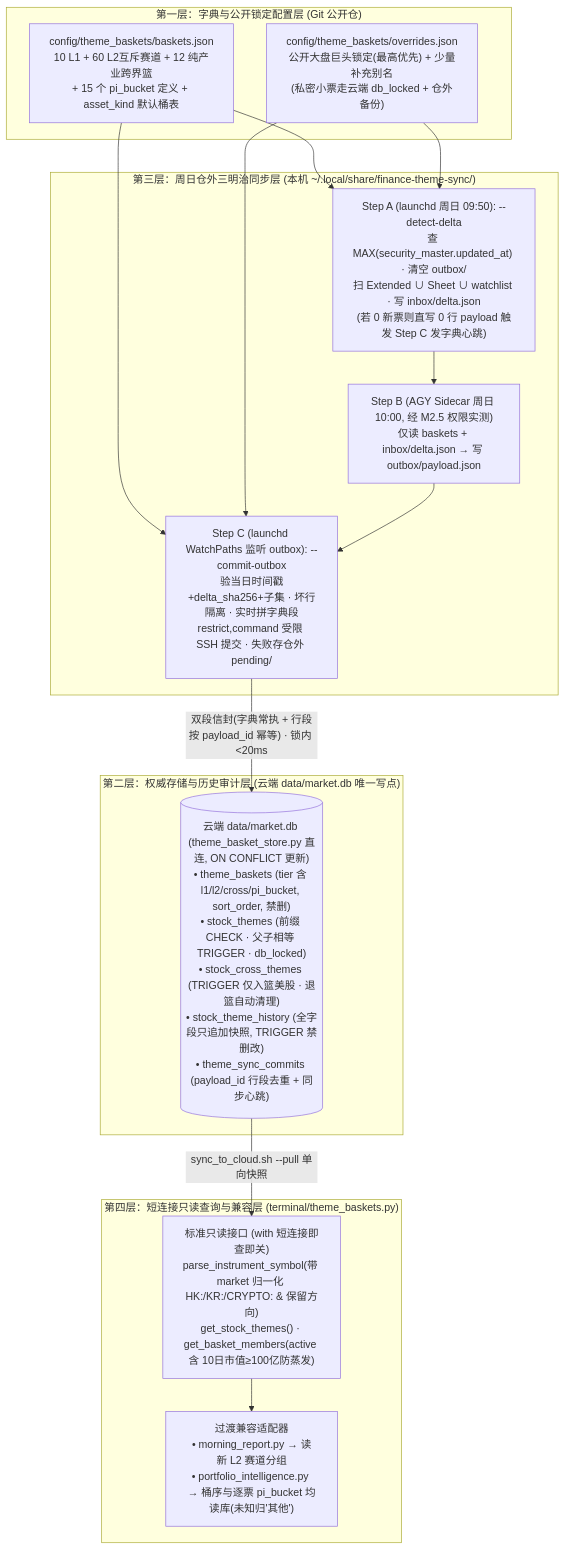
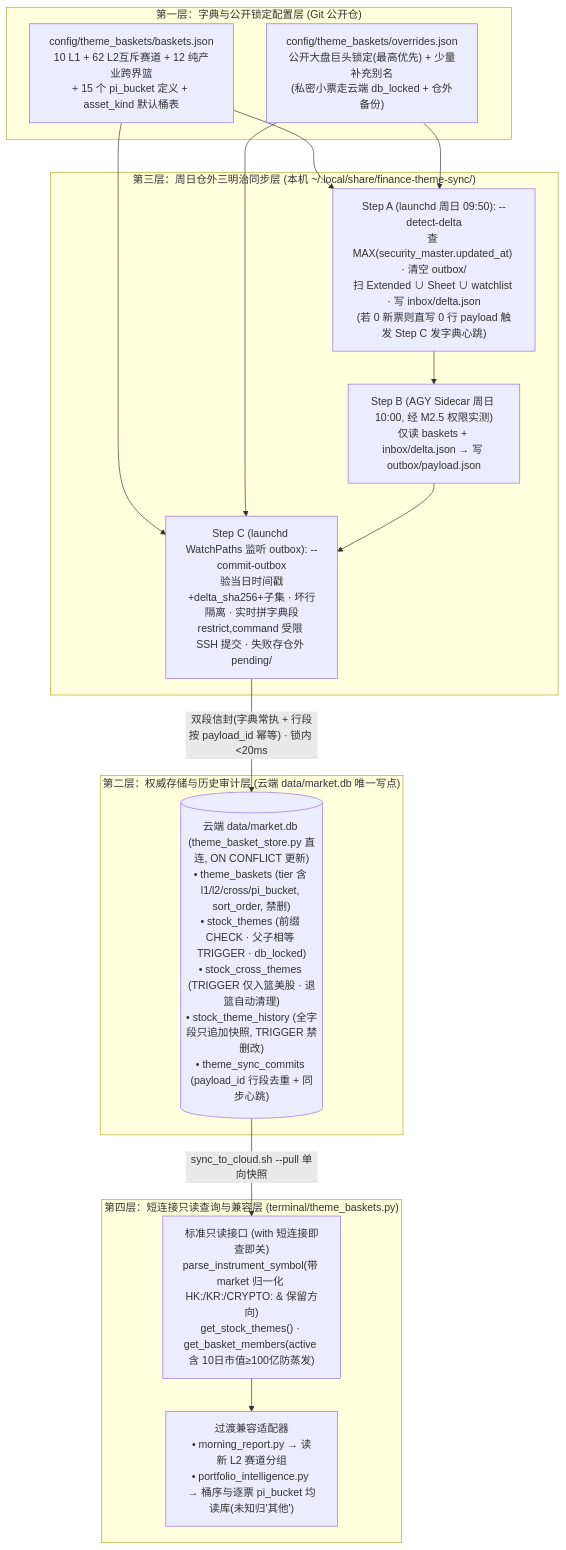
One commit to owenliang60-ship-it/finance changed the diagram in docs/design/stock-theme-north-star.md. Above: the diagram before and after it, drawn with Mermaid. The commit also changed other lines of this file and 4 other files, not shown here.

Commit message:
feat(theme-baskets): refine M1 L2 splits for META, Neocloud, MRVL, and CPU

````diff
--- a/docs/design/stock-theme-north-star.md
+++ b/docs/design/stock-theme-north-star.md
@@ -26,28 +26,28 @@
 ```mermaid
 flowchart TB
     subgraph L1_CFG["第一层：字典与公开锁定配置层 (Git 公开仓)"]
-        BJSON["config/theme_baskets/baskets.json\n10 L1 + 60 L2互斥赛道 + 12 纯产业跨界篮\n+ 15 个 pi_bucket 定义 + asset_kind 默认桶表"]
+        BJSON["config/theme_baskets/baskets.json\n10 L1 + 62 L2互斥赛道 + 12 纯产业跨界篮\n+ 15 个 pi_bucket 定义 + asset_kind 默认桶表"]
         OJSON["config/theme_baskets/overrides.json\n公开大盘巨头锁定(最高优先) + 少量补充别名\n(私密小票走云端 db_locked + 仓外备份)"]
     end
 
     subgraph L3_SYNC["第三层：周日仓外三明治同步层 (本机 ~/.local/share/finance-theme-sync/)"]
         STEP_A["Step A (launchd 周日 09:50): --detect-delta\n查 MAX(security_master.updated_at) · 清空 outbox/\n扫 Extended ∪ Sheet ∪ watchlist · 写 inbox/delta.json\n(若 0 新票则直写 0 行 payload 触发 Step C 发字典心跳)"]
         STEP_B["Step B (AGY Sidecar 周日 10:00, 经 M2.5 权限实测)\n仅读 baskets + inbox/delta.json → 写 outbox/payload.json"]
         STEP_C["Step C (launchd WatchPaths 监听 outbox): --commit-outbox\n验当日时间戳+delta_sha256+子集 · 坏行隔离 · 实时拼字典段\nrestrict,command 受限 SSH 提交 · 失败存仓外 pending/"]
     end
 
     subgraph L2_STORE["第二层：权威存储与历史审计层 (云端 data/market.db 唯一写点)"]
         MDB[("云端 data/market.db (theme_basket_store.py 直连, ON CONFLICT 更新)\n• theme_baskets (tier 含 l1/l2/cross/pi_bucket, sort_order, 禁删)\n• stock_themes (前缀 CHECK · 父子相等 TRIGGER · db_locked)\n• stock_cross_themes (TRIGGER 仅入篮美股 · 退篮自动清理)\n• stock_theme_history (全字段只追加快照, TRIGGER 禁删改)\n• theme_sync_commits (payload_id 行段去重 + 同步心跳)")]
     end
 
     subgraph L4_READ["第四层：短连接只读查询与兼容层 (terminal/theme_baskets.py)"]
         API["标准只读接口 (with 短连接即查即关)\nparse_instrument_symbol(带 market 归一化 HK:/KR:/CRYPTO: & 保留方向)\nget_stock_themes() · get_basket_members(active 含 10日市值≥100亿防蒸发)"]
         COMPAT["过渡兼容适配器\n• morning_report.py → 读新 L2 赛道分组\n• portfolio_intelligence.py → 桶序与逐票 pi_bucket 均读库(未知归'其他')"]
     end
 
     BJSON & OJSON --> STEP_A & STEP_C
     STEP_A --> STEP_B --> STEP_C
     STEP_C -- "双段信封(字典常执 + 行段按 payload_id 幂等) · 锁内 <20ms" --> MDB
     MDB -- "sync_to_cloud.sh --pull 单向快照" --> API
     API --> COMPAT
 ```
````
